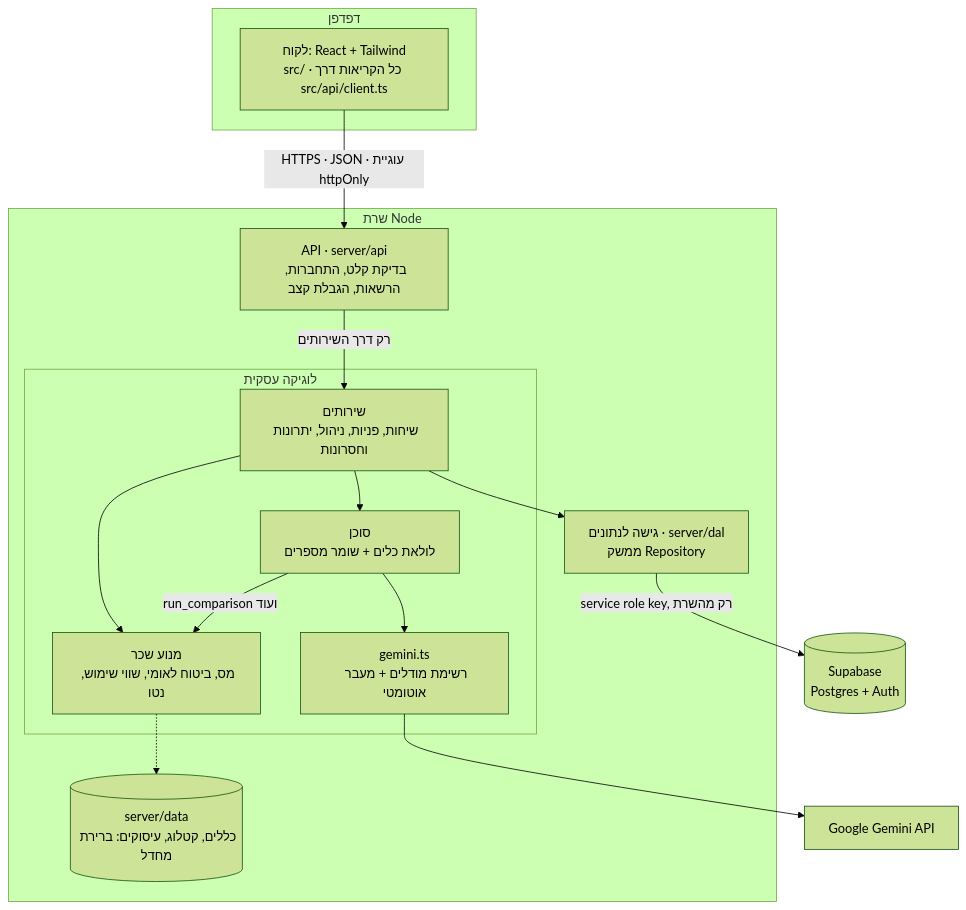
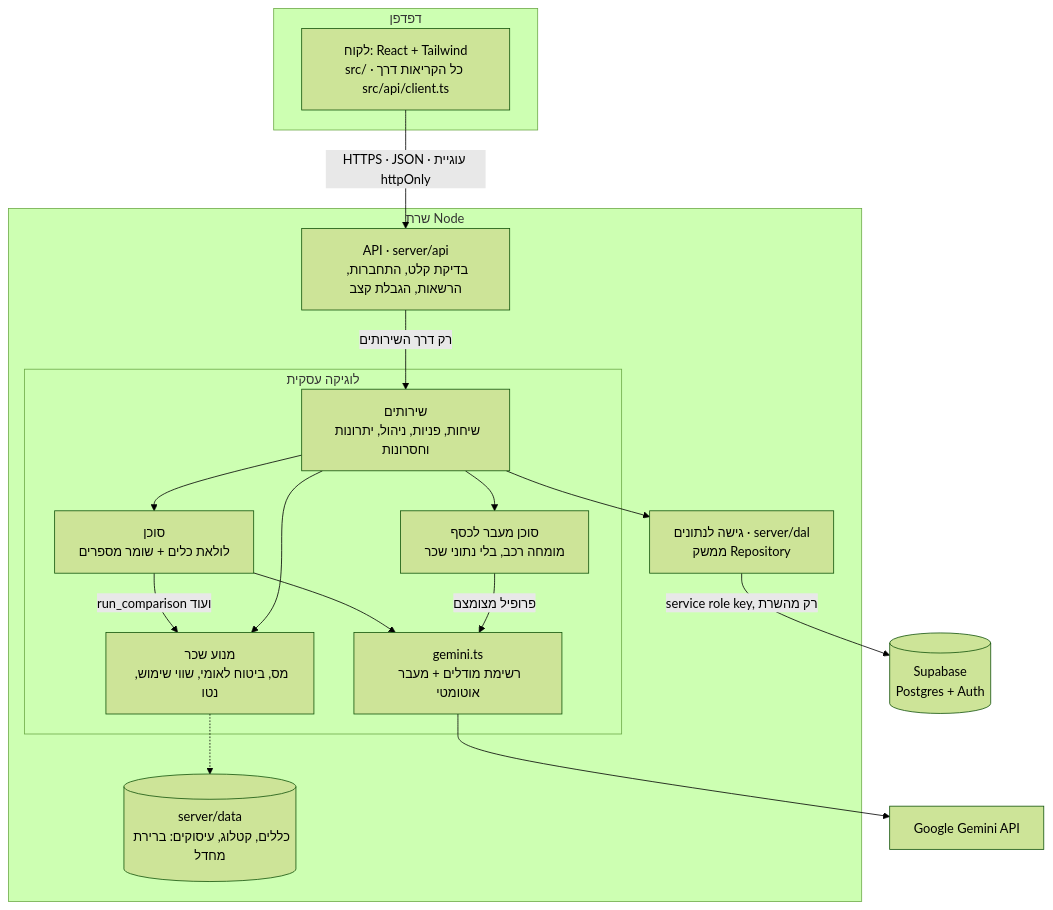
The first of 3 diagrams in docs/ARCHITECTURE.md (s0583232209/strauss-car-advisor), drawn with Mermaid (forest theme) before and after one commit. The commit also changed other lines of this file, not shown here.

First line of the commit message:
docs(feat-beyond-money): document the "beyond the money" car agent in the architecture page

````diff
--- a/docs/ARCHITECTURE.md
+++ b/docs/ARCHITECTURE.md
@@ -7,32 +7,35 @@
 ```mermaid
 flowchart TB
   subgraph Browser["דפדפן"]
     UI["לקוח: React + Tailwind<br/>src/ · כל הקריאות דרך src/api/client.ts"]
   end
 
   subgraph Server["שרת Node"]
     API["API · server/api<br/>בדיקת קלט, התחברות, הרשאות, הגבלת קצב"]
     subgraph BL["לוגיקה עסקית"]
       SVC["שירותים<br/>שיחות, פניות, ניהול, יתרונות וחסרונות"]
       AGENT["סוכן<br/>לולאת כלים + שומר מספרים"]
+      CARFIT["סוכן מעבר לכסף<br/>מומחה רכב, בלי נתוני שכר"]
       ENGINE["מנוע שכר<br/>מס, ביטוח לאומי, שווי שימוש, נטו"]
       LLM["gemini.ts<br/>רשימת מודלים + מעבר אוטומטי"]
     end
     DAL["גישה לנתונים · server/dal<br/>ממשק Repository"]
     FILES[("server/data<br/>כללים, קטלוג, עיסוקים: ברירת מחדל")]
   end
 
   GEMINI["Google Gemini API"]
   DB[("Supabase<br/>Postgres + Auth")]
 
   UI -- "HTTPS · JSON · עוגיית httpOnly" --> API
   API -- "רק דרך השירותים" --> SVC
   SVC --> AGENT
   AGENT -- "run_comparison ועוד" --> ENGINE
   SVC --> ENGINE
+  SVC --> CARFIT
   AGENT --> LLM
+  CARFIT -- "פרופיל מצומצם" --> LLM
   LLM --> GEMINI
   ENGINE -.-> FILES
   SVC --> DAL
   DAL -- "service role key, רק מהשרת" --> DB
 ```
````
